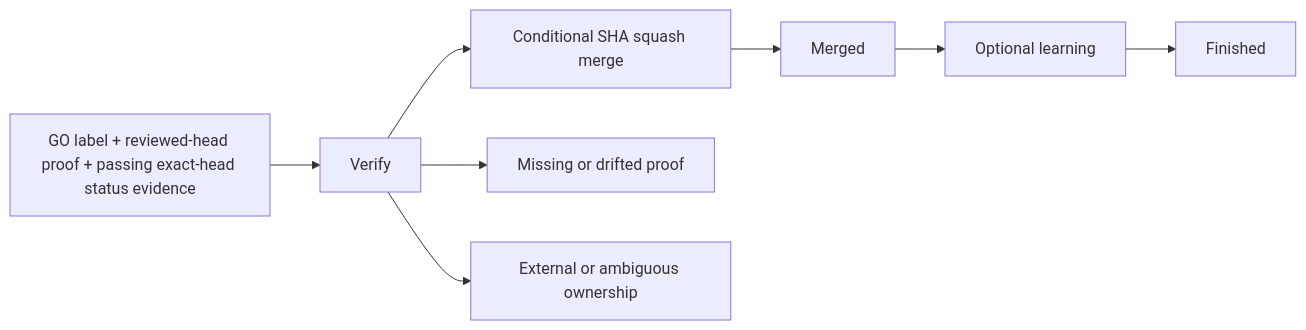
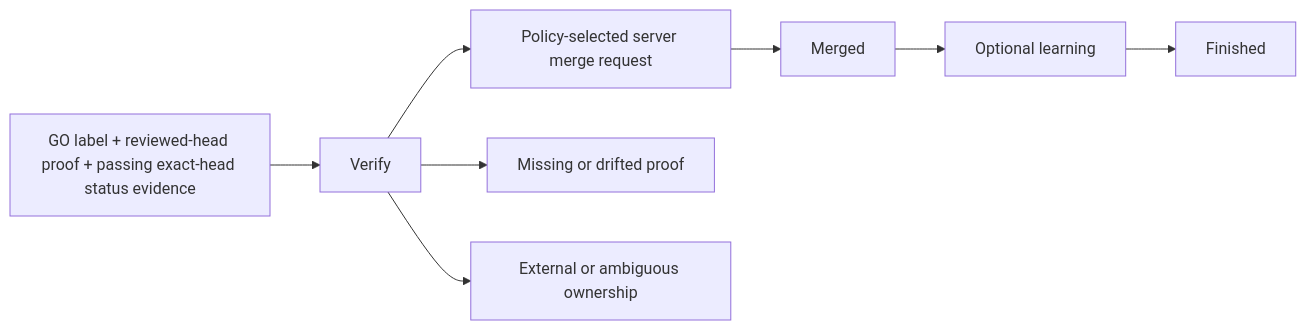
One commit to HomericIntelligence/Hephaestus changed diagram 13 of 16 in docs/architecture.md. Above: the diagram before and after it, drawn with Mermaid. The commit also changed other lines of this file and 25 other files, not shown here.

````diff
--- a/docs/architecture.md
+++ b/docs/architecture.md
@@ -1263,8 +1270,8 @@
 ```mermaid
 flowchart LR
     Approved["GO label + reviewed-head proof + passing exact-head status evidence"] --> Verify
-    Verify --> Merge["Conditional SHA squash merge"]
+    Verify --> Merge["Policy-selected server merge request"]
     Verify --> Review["Missing or drifted proof"]
     Verify --> Operator["External or ambiguous ownership"]
     Merge --> Merged --> Learn["Optional learning"] --> Finished
 ```
````
